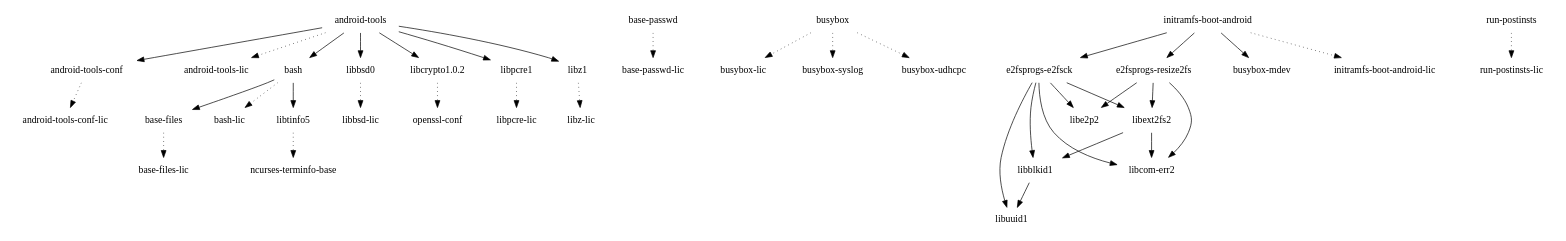
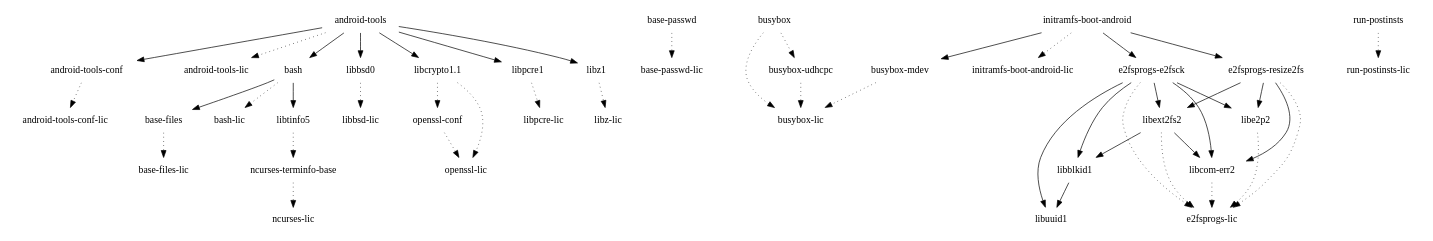
One commit to webOS-ports/buildhistory changed the diagram in images/hammerhead/glibc/initramfs-android-image/depends-nokernel-nolibc-noupdate.dot. Above: the diagram before and after it, drawn with Graphviz. The commit also changed 17710 other files, not shown here.

```diff
--- a/images/hammerhead/glibc/initramfs-android-image/depends-nokernel-nolibc-noupdate.dot
+++ b/images/hammerhead/glibc/initramfs-android-image/depends-nokernel-nolibc-noupdate.dot
@@ -1,40 +1,49 @@
 digraph depends {
     node [shape=plaintext]
 "android-tools" -> "android-tools-conf"
 "android-tools" -> "android-tools-lic" [style=dotted]
 "android-tools" -> "bash"
 "android-tools-conf" -> "android-tools-conf-lic" [style=dotted]
 "android-tools" -> "libbsd0"
-"android-tools" -> "libcrypto1.0.2"
+"android-tools" -> "libcrypto1.1"
 "android-tools" -> "libpcre1"
 "android-tools" -> "libz1"
 "base-files" -> "base-files-lic" [style=dotted]
 "base-passwd" -> "base-passwd-lic" [style=dotted]
 "bash" -> "base-files"
 "bash" -> "bash-lic" [style=dotted]
 "bash" -> "libtinfo5"
 "busybox" -> "busybox-lic" [style=dotted]
-"busybox" -> "busybox-syslog" [style=dotted]
 "busybox" -> "busybox-udhcpc" [style=dotted]
+"busybox-mdev" -> "busybox-lic" [style=dotted]
+"busybox-udhcpc" -> "busybox-lic" [style=dotted]
+"e2fsprogs-e2fsck" -> "e2fsprogs-lic" [style=dotted]
 "e2fsprogs-e2fsck" -> "libblkid1"
 "e2fsprogs-e2fsck" -> "libcom-err2"
 "e2fsprogs-e2fsck" -> "libe2p2"
 "e2fsprogs-e2fsck" -> "libext2fs2"
 "e2fsprogs-e2fsck" -> "libuuid1"
+"e2fsprogs-resize2fs" -> "e2fsprogs-lic" [style=dotted]
 "e2fsprogs-resize2fs" -> "libcom-err2"
 "e2fsprogs-resize2fs" -> "libe2p2"
 "e2fsprogs-resize2fs" -> "libext2fs2"
 "initramfs-boot-android" -> "busybox-mdev"
 "initramfs-boot-android" -> "e2fsprogs-e2fsck"
 "initramfs-boot-android" -> "e2fsprogs-resize2fs"
 "initramfs-boot-android" -> "initramfs-boot-android-lic" [style=dotted]
 "libblkid1" -> "libuuid1"
 "libbsd0" -> "libbsd-lic" [style=dotted]
-"libcrypto1.0.2" -> "openssl-conf" [style=dotted]
+"libcom-err2" -> "e2fsprogs-lic" [style=dotted]
+"libcrypto1.1" -> "openssl-conf" [style=dotted]
+"libcrypto1.1" -> "openssl-lic" [style=dotted]
+"libe2p2" -> "e2fsprogs-lic" [style=dotted]
+"libext2fs2" -> "e2fsprogs-lic" [style=dotted]
 "libext2fs2" -> "libblkid1"
 "libext2fs2" -> "libcom-err2"
 "libpcre1" -> "libpcre-lic" [style=dotted]
 "libtinfo5" -> "ncurses-terminfo-base" [style=dotted]
 "libz1" -> "libz-lic" [style=dotted]
+"ncurses-terminfo-base" -> "ncurses-lic" [style=dotted]
+"openssl-conf" -> "openssl-lic" [style=dotted]
 "run-postinsts" -> "run-postinsts-lic" [style=dotted]
 }
```
